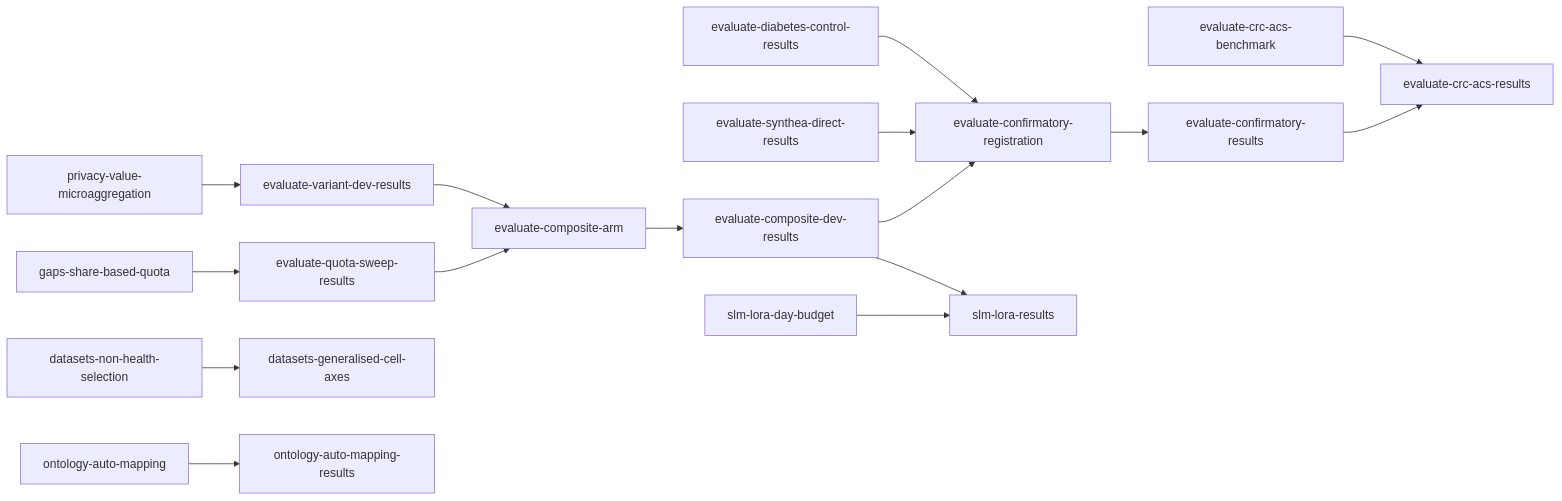
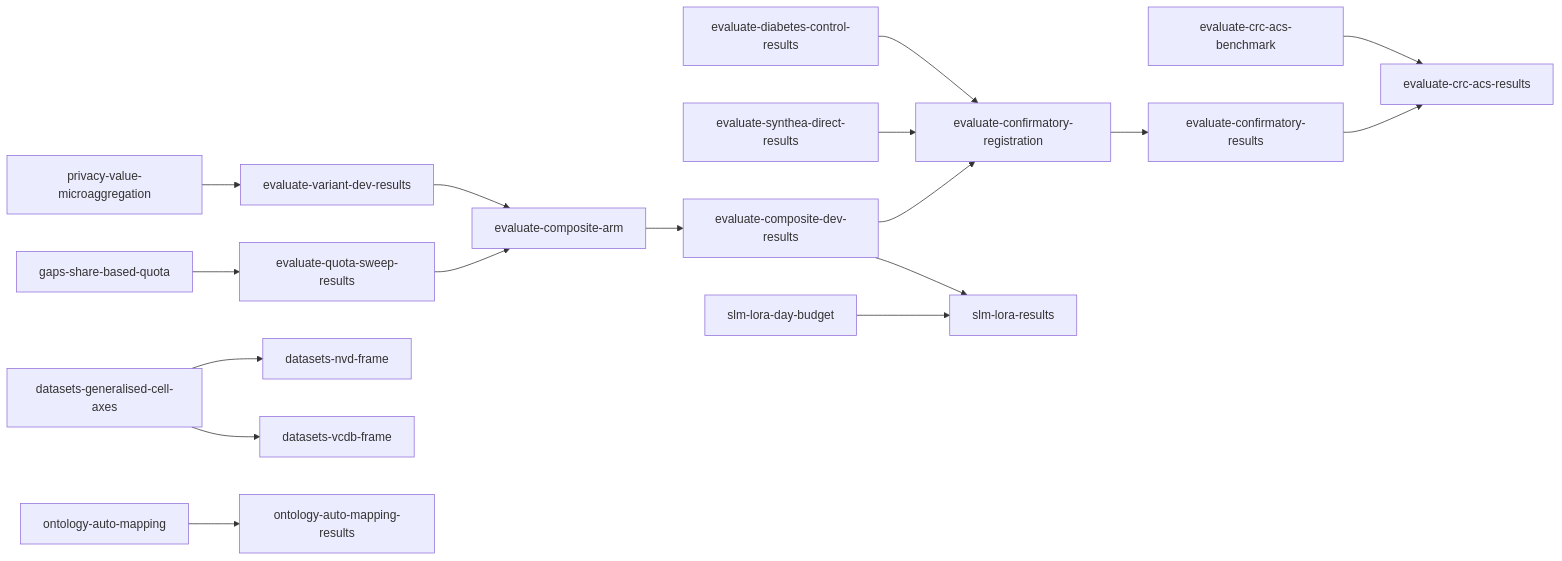
Before and after one commit to joe-dartmouth/synthetic: the diagram in tasks/direct-index.md, drawn with Mermaid. The commit also changed other lines of this file and 9 other files, not shown here.

First line of the commit message:
Rank the non-health dataset candidates and add the NVD and VCDB units (#141)

````diff
--- a/tasks/direct-index.md
+++ b/tasks/direct-index.md
@@ -62,18 +63,19 @@
 ```mermaid
 flowchart LR
     u16[privacy-value-microaggregation] --> u19[evaluate-variant-dev-results]
     u20[gaps-share-based-quota] --> u21[evaluate-quota-sweep-results]
-    u49[datasets-non-health-selection] --> u50[datasets-generalised-cell-axes]
+    u50[datasets-generalised-cell-axes] --> u52[datasets-nvd-frame]
+    u50 --> u53[datasets-vcdb-frame]
     u19 --> u28[evaluate-composite-arm]
     u21 --> u28
     u28 --> u29[evaluate-composite-dev-results]
     u7[evaluate-diabetes-control-results] --> u30[evaluate-confirmatory-registration]
     u8[evaluate-synthea-direct-results] --> u30
     u29 --> u30
     u30 --> u31[evaluate-confirmatory-results]
     u41[evaluate-crc-acs-benchmark] --> u42[evaluate-crc-acs-results]
     u31 --> u42
     u32[ontology-auto-mapping] --> u33[ontology-auto-mapping-results]
     u29 --> u36[slm-lora-results]
     u51[slm-lora-day-budget] --> u36
 ```
````
